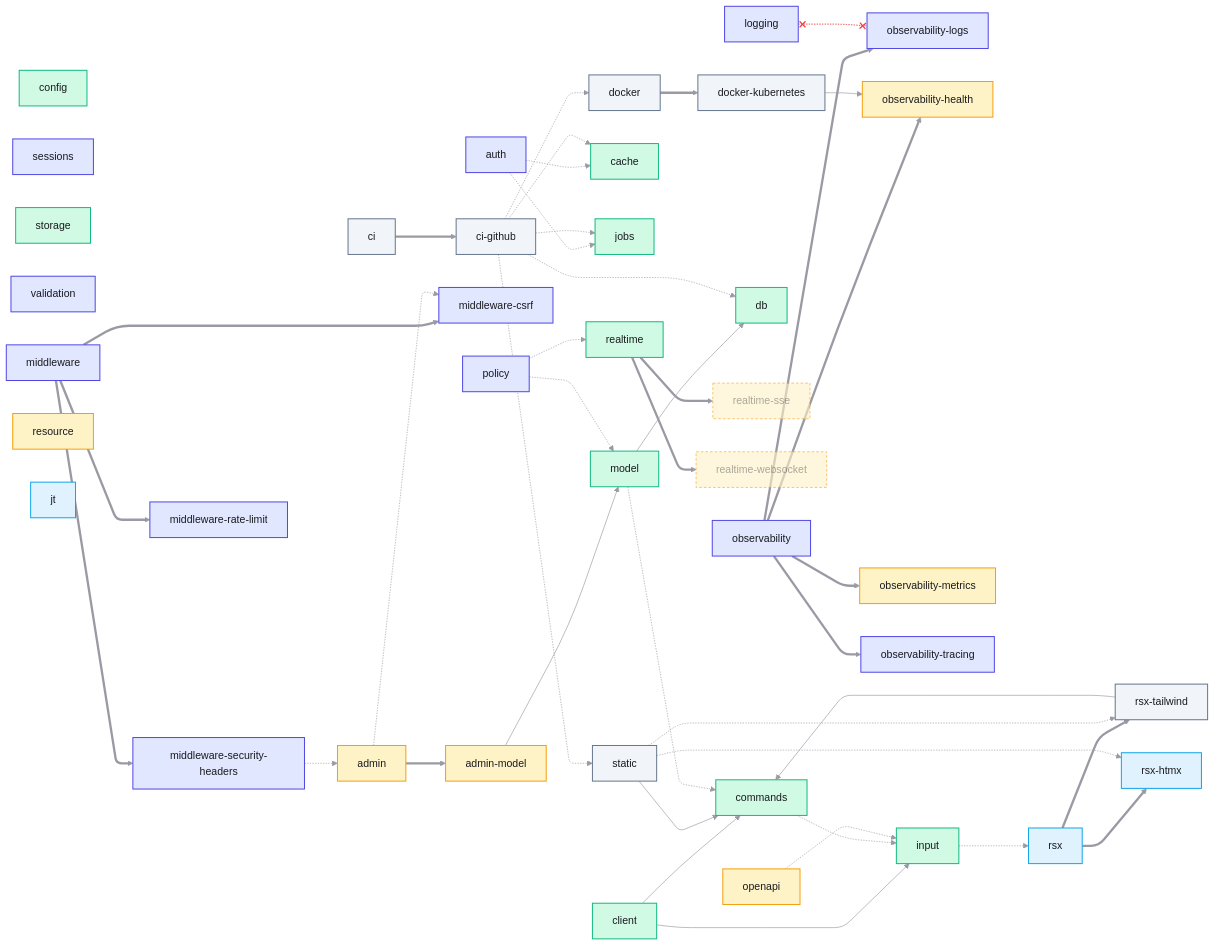
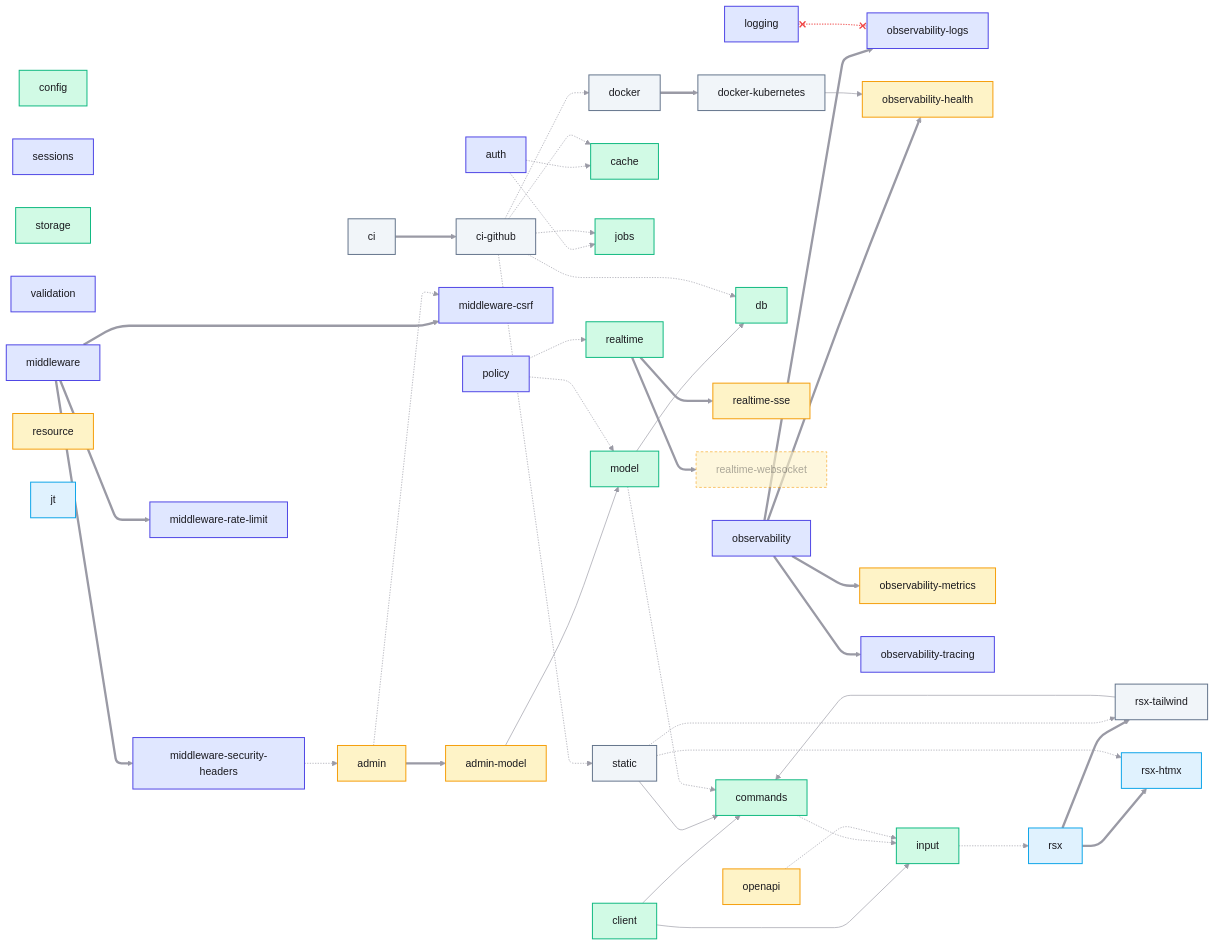
One commit to DHHwasRight/brocanth changed the second of 2 diagrams in docs/module-map.md. Above: the diagram before and after it, drawn with Mermaid. The commit also changed other lines of this file and 6 other files, not shown here.

```diff
--- a/docs/module-map.md
+++ b/docs/module-map.md
@@ -188,7 +188,7 @@
   k8s[docker-kubernetes]:::ex
   ci:::ex
   ci_gh[ci-github]:::ex
-  class rt_sse,rt_ws blocked
+  class rt_ws blocked
 
   obs ==> obs_logs & obs_health & obs_metrics & obs_tracing
   mwr ==> csrf & sech & rate
```
